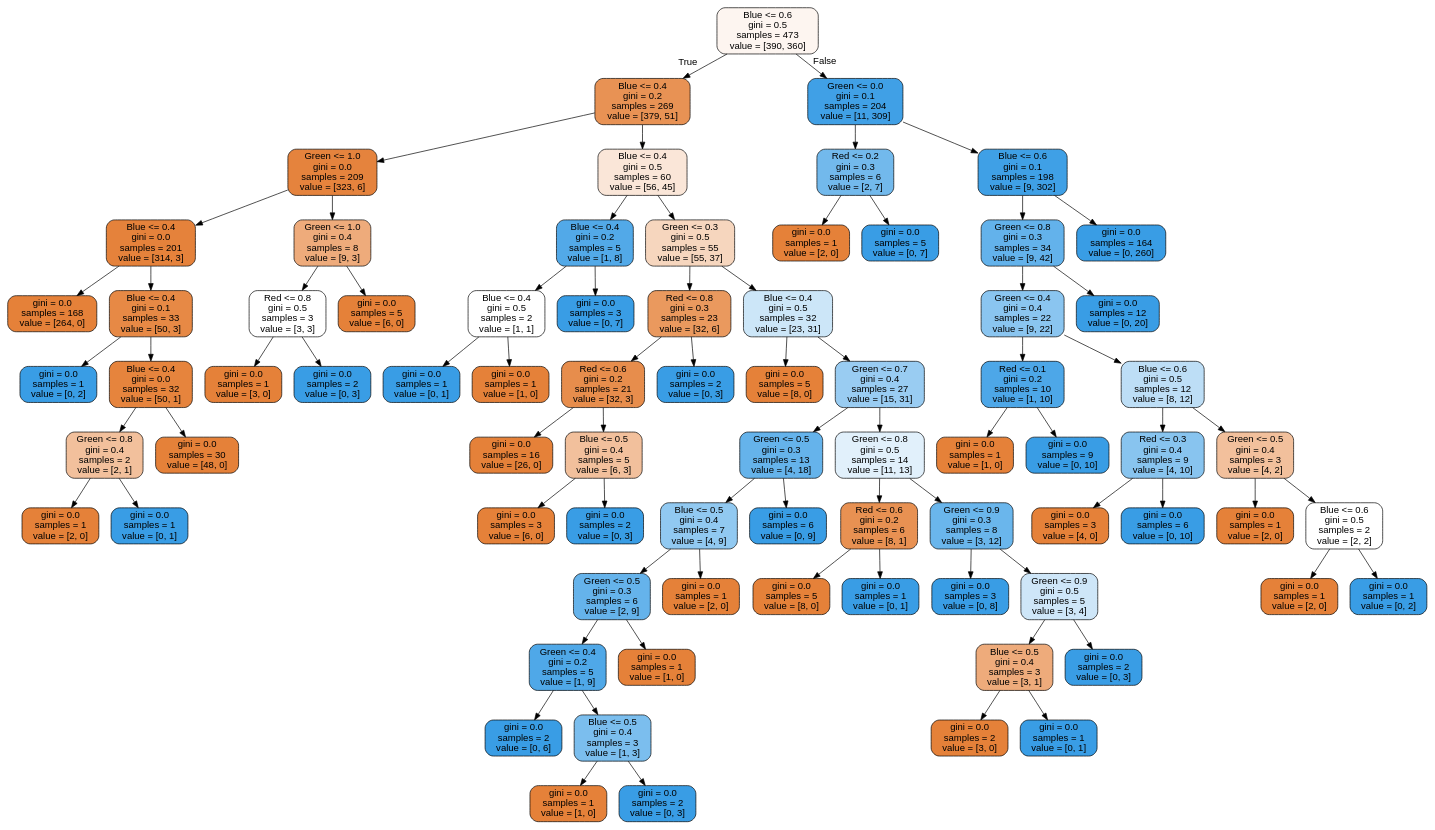
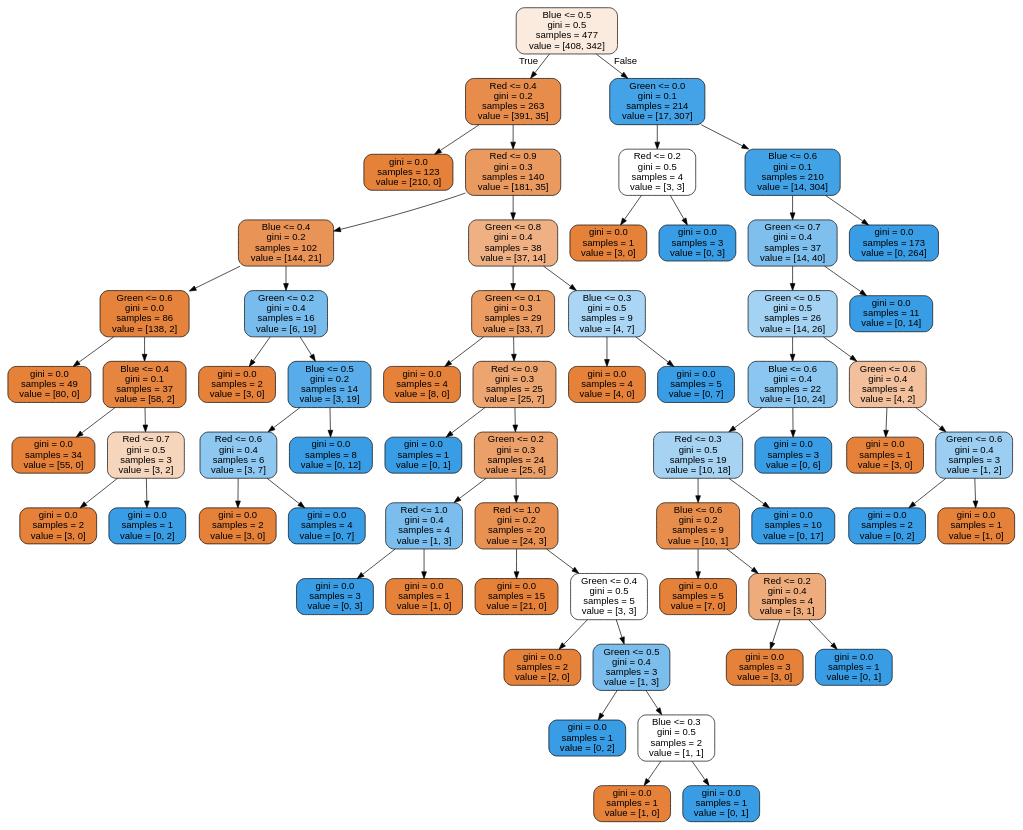
Before and after one commit to KarthikUdyawar/Color-detection: the diagram in model/tree.dot, drawn with Graphviz. The commit also changed 1 other file, not shown here.

```diff
--- a/model/tree.dot
+++ b/model/tree.dot
@@ -1,157 +1,129 @@
 digraph Tree {
 node [shape=box, style="filled, rounded", color="black", fontname="helvetica"] ;
 edge [fontname="helvetica"] ;
-0 [label="Blue <= 0.6\ngini = 0.5\nsamples = 473\nvalue = [390, 360]", fillcolor="#fdf5f0"] ;
-1 [label="Blue <= 0.4\ngini = 0.2\nsamples = 269\nvalue = [379, 51]", fillcolor="#e89254"] ;
+0 [label="Blue <= 0.5\ngini = 0.5\nsamples = 477\nvalue = [408, 342]", fillcolor="#fbebdf"] ;
+1 [label="Red <= 0.4\ngini = 0.2\nsamples = 263\nvalue = [391, 35]", fillcolor="#e78c4b"] ;
 0 -> 1 [labeldistance=2.5, labelangle=45, headlabel="True"] ;
-2 [label="Green <= 1.0\ngini = 0.0\nsamples = 209\nvalue = [323, 6]", fillcolor="#e5833d"] ;
+2 [label="gini = 0.0\nsamples = 123\nvalue = [210, 0]", fillcolor="#e58139"] ;
 1 -> 2 ;
-3 [label="Blue <= 0.4\ngini = 0.0\nsamples = 201\nvalue = [314, 3]", fillcolor="#e5823b"] ;
-2 -> 3 ;
-4 [label="gini = 0.0\nsamples = 168\nvalue = [264, 0]", fillcolor="#e58139"] ;
+3 [label="Red <= 0.9\ngini = 0.3\nsamples = 140\nvalue = [181, 35]", fillcolor="#ea995f"] ;
+1 -> 3 ;
+4 [label="Blue <= 0.4\ngini = 0.2\nsamples = 102\nvalue = [144, 21]", fillcolor="#e99356"] ;
 3 -> 4 ;
-5 [label="Blue <= 0.4\ngini = 0.1\nsamples = 33\nvalue = [50, 3]", fillcolor="#e78945"] ;
-3 -> 5 ;
-6 [label="gini = 0.0\nsamples = 1\nvalue = [0, 2]", fillcolor="#399de5"] ;
+5 [label="Green <= 0.6\ngini = 0.0\nsamples = 86\nvalue = [138, 2]", fillcolor="#e5833c"] ;
+4 -> 5 ;
+6 [label="gini = 0.0\nsamples = 49\nvalue = [80, 0]", fillcolor="#e58139"] ;
 5 -> 6 ;
-7 [label="Blue <= 0.4\ngini = 0.0\nsamples = 32\nvalue = [50, 1]", fillcolor="#e6843d"] ;
+7 [label="Blue <= 0.4\ngini = 0.1\nsamples = 37\nvalue = [58, 2]", fillcolor="#e68540"] ;
 5 -> 7 ;
-8 [label="Green <= 0.8\ngini = 0.4\nsamples = 2\nvalue = [2, 1]", fillcolor="#f2c09c"] ;
+8 [label="gini = 0.0\nsamples = 34\nvalue = [55, 0]", fillcolor="#e58139"] ;
 7 -> 8 ;
-9 [label="gini = 0.0\nsamples = 1\nvalue = [2, 0]", fillcolor="#e58139"] ;
-8 -> 9 ;
-10 [label="gini = 0.0\nsamples = 1\nvalue = [0, 1]", fillcolor="#399de5"] ;
-8 -> 10 ;
-11 [label="gini = 0.0\nsamples = 30\nvalue = [48, 0]", fillcolor="#e58139"] ;
-7 -> 11 ;
-12 [label="Green <= 1.0\ngini = 0.4\nsamples = 8\nvalue = [9, 3]", fillcolor="#eeab7b"] ;
-2 -> 12 ;
-13 [label="Red <= 0.8\ngini = 0.5\nsamples = 3\nvalue = [3, 3]", fillcolor="#ffffff"] ;
+9 [label="Red <= 0.7\ngini = 0.5\nsamples = 3\nvalue = [3, 2]", fillcolor="#f6d5bd"] ;
+7 -> 9 ;
+10 [label="gini = 0.0\nsamples = 2\nvalue = [3, 0]", fillcolor="#e58139"] ;
+9 -> 10 ;
+11 [label="gini = 0.0\nsamples = 1\nvalue = [0, 2]", fillcolor="#399de5"] ;
+9 -> 11 ;
+12 [label="Green <= 0.2\ngini = 0.4\nsamples = 16\nvalue = [6, 19]", fillcolor="#78bced"] ;
+4 -> 12 ;
+13 [label="gini = 0.0\nsamples = 2\nvalue = [3, 0]", fillcolor="#e58139"] ;
 12 -> 13 ;
-14 [label="gini = 0.0\nsamples = 1\nvalue = [3, 0]", fillcolor="#e58139"] ;
-13 -> 14 ;
-15 [label="gini = 0.0\nsamples = 2\nvalue = [0, 3]", fillcolor="#399de5"] ;
-13 -> 15 ;
-16 [label="gini = 0.0\nsamples = 5\nvalue = [6, 0]", fillcolor="#e58139"] ;
-12 -> 16 ;
-17 [label="Blue <= 0.4\ngini = 0.5\nsamples = 60\nvalue = [56, 45]", fillcolor="#fae6d8"] ;
-1 -> 17 ;
-18 [label="Blue <= 0.4\ngini = 0.2\nsamples = 5\nvalue = [1, 8]", fillcolor="#52a9e8"] ;
-17 -> 18 ;
-19 [label="Blue <= 0.4\ngini = 0.5\nsamples = 2\nvalue = [1, 1]", fillcolor="#ffffff"] ;
-18 -> 19 ;
-20 [label="gini = 0.0\nsamples = 1\nvalue = [0, 1]", fillcolor="#399de5"] ;
+14 [label="Blue <= 0.5\ngini = 0.2\nsamples = 14\nvalue = [3, 19]", fillcolor="#58ace9"] ;
+12 -> 14 ;
+15 [label="Red <= 0.6\ngini = 0.4\nsamples = 6\nvalue = [3, 7]", fillcolor="#8ec7f0"] ;
+14 -> 15 ;
+16 [label="gini = 0.0\nsamples = 2\nvalue = [3, 0]", fillcolor="#e58139"] ;
+15 -> 16 ;
+17 [label="gini = 0.0\nsamples = 4\nvalue = [0, 7]", fillcolor="#399de5"] ;
+15 -> 17 ;
+18 [label="gini = 0.0\nsamples = 8\nvalue = [0, 12]", fillcolor="#399de5"] ;
+14 -> 18 ;
+19 [label="Green <= 0.8\ngini = 0.4\nsamples = 38\nvalue = [37, 14]", fillcolor="#efb184"] ;
+3 -> 19 ;
+20 [label="Green <= 0.1\ngini = 0.3\nsamples = 29\nvalue = [33, 7]", fillcolor="#eb9c63"] ;
 19 -> 20 ;
-21 [label="gini = 0.0\nsamples = 1\nvalue = [1, 0]", fillcolor="#e58139"] ;
-19 -> 21 ;
-22 [label="gini = 0.0\nsamples = 3\nvalue = [0, 7]", fillcolor="#399de5"] ;
-18 -> 22 ;
-23 [label="Green <= 0.3\ngini = 0.5\nsamples = 55\nvalue = [55, 37]", fillcolor="#f6d6be"] ;
-17 -> 23 ;
-24 [label="Red <= 0.8\ngini = 0.3\nsamples = 23\nvalue = [32, 6]", fillcolor="#ea995e"] ;
-23 -> 24 ;
-25 [label="Red <= 0.6\ngini = 0.2\nsamples = 21\nvalue = [32, 3]", fillcolor="#e78d4c"] ;
+21 [label="gini = 0.0\nsamples = 4\nvalue = [8, 0]", fillcolor="#e58139"] ;
+20 -> 21 ;
+22 [label="Red <= 0.9\ngini = 0.3\nsamples = 25\nvalue = [25, 7]", fillcolor="#eca470"] ;
+20 -> 22 ;
+23 [label="gini = 0.0\nsamples = 1\nvalue = [0, 1]", fillcolor="#399de5"] ;
+22 -> 23 ;
+24 [label="Green <= 0.2\ngini = 0.3\nsamples = 24\nvalue = [25, 6]", fillcolor="#eb9f69"] ;
+22 -> 24 ;
+25 [label="Red <= 1.0\ngini = 0.4\nsamples = 4\nvalue = [1, 3]", fillcolor="#7bbeee"] ;
 24 -> 25 ;
-26 [label="gini = 0.0\nsamples = 16\nvalue = [26, 0]", fillcolor="#e58139"] ;
+26 [label="gini = 0.0\nsamples = 3\nvalue = [0, 3]", fillcolor="#399de5"] ;
 25 -> 26 ;
-27 [label="Blue <= 0.5\ngini = 0.4\nsamples = 5\nvalue = [6, 3]", fillcolor="#f2c09c"] ;
+27 [label="gini = 0.0\nsamples = 1\nvalue = [1, 0]", fillcolor="#e58139"] ;
 25 -> 27 ;
-28 [label="gini = 0.0\nsamples = 3\nvalue = [6, 0]", fillcolor="#e58139"] ;
-27 -> 28 ;
-29 [label="gini = 0.0\nsamples = 2\nvalue = [0, 3]", fillcolor="#399de5"] ;
-27 -> 29 ;
-30 [label="gini = 0.0\nsamples = 2\nvalue = [0, 3]", fillcolor="#399de5"] ;
-24 -> 30 ;
-31 [label="Blue <= 0.4\ngini = 0.5\nsamples = 32\nvalue = [23, 31]", fillcolor="#cce6f8"] ;
-23 -> 31 ;
-32 [label="gini = 0.0\nsamples = 5\nvalue = [8, 0]", fillcolor="#e58139"] ;
-31 -> 32 ;
-33 [label="Green <= 0.7\ngini = 0.4\nsamples = 27\nvalue = [15, 31]", fillcolor="#99ccf2"] ;
-31 -> 33 ;
-34 [label="Green <= 0.5\ngini = 0.3\nsamples = 13\nvalue = [4, 18]", fillcolor="#65b3eb"] ;
-33 -> 34 ;
-35 [label="Blue <= 0.5\ngini = 0.4\nsamples = 7\nvalue = [4, 9]", fillcolor="#91c9f1"] ;
+28 [label="Red <= 1.0\ngini = 0.2\nsamples = 20\nvalue = [24, 3]", fillcolor="#e89152"] ;
+24 -> 28 ;
+29 [label="gini = 0.0\nsamples = 15\nvalue = [21, 0]", fillcolor="#e58139"] ;
+28 -> 29 ;
+30 [label="Green <= 0.4\ngini = 0.5\nsamples = 5\nvalue = [3, 3]", fillcolor="#ffffff"] ;
+28 -> 30 ;
+31 [label="gini = 0.0\nsamples = 2\nvalue = [2, 0]", fillcolor="#e58139"] ;
+30 -> 31 ;
+32 [label="Green <= 0.5\ngini = 0.4\nsamples = 3\nvalue = [1, 3]", fillcolor="#7bbeee"] ;
+30 -> 32 ;
+33 [label="gini = 0.0\nsamples = 1\nvalue = [0, 2]", fillcolor="#399de5"] ;
+32 -> 33 ;
+34 [label="Blue <= 0.3\ngini = 0.5\nsamples = 2\nvalue = [1, 1]", fillcolor="#ffffff"] ;
+32 -> 34 ;
+35 [label="gini = 0.0\nsamples = 1\nvalue = [1, 0]", fillcolor="#e58139"] ;
 34 -> 35 ;
-36 [label="Green <= 0.5\ngini = 0.3\nsamples = 6\nvalue = [2, 9]", fillcolor="#65b3eb"] ;
-35 -> 36 ;
-37 [label="Green <= 0.4\ngini = 0.2\nsamples = 5\nvalue = [1, 9]", fillcolor="#4fa8e8"] ;
-36 -> 37 ;
-38 [label="gini = 0.0\nsamples = 2\nvalue = [0, 6]", fillcolor="#399de5"] ;
+36 [label="gini = 0.0\nsamples = 1\nvalue = [0, 1]", fillcolor="#399de5"] ;
+34 -> 36 ;
+37 [label="Blue <= 0.3\ngini = 0.5\nsamples = 9\nvalue = [4, 7]", fillcolor="#aad5f4"] ;
+19 -> 37 ;
+38 [label="gini = 0.0\nsamples = 4\nvalue = [4, 0]", fillcolor="#e58139"] ;
 37 -> 38 ;
-39 [label="Blue <= 0.5\ngini = 0.4\nsamples = 3\nvalue = [1, 3]", fillcolor="#7bbeee"] ;
+39 [label="gini = 0.0\nsamples = 5\nvalue = [0, 7]", fillcolor="#399de5"] ;
 37 -> 39 ;
-40 [label="gini = 0.0\nsamples = 1\nvalue = [1, 0]", fillcolor="#e58139"] ;
-39 -> 40 ;
-41 [label="gini = 0.0\nsamples = 2\nvalue = [0, 3]", fillcolor="#399de5"] ;
-39 -> 41 ;
-42 [label="gini = 0.0\nsamples = 1\nvalue = [1, 0]", fillcolor="#e58139"] ;
-36 -> 42 ;
-43 [label="gini = 0.0\nsamples = 1\nvalue = [2, 0]", fillcolor="#e58139"] ;
-35 -> 43 ;
-44 [label="gini = 0.0\nsamples = 6\nvalue = [0, 9]", fillcolor="#399de5"] ;
-34 -> 44 ;
-45 [label="Green <= 0.8\ngini = 0.5\nsamples = 14\nvalue = [11, 13]", fillcolor="#e1f0fb"] ;
-33 -> 45 ;
-46 [label="Red <= 0.6\ngini = 0.2\nsamples = 6\nvalue = [8, 1]", fillcolor="#e89152"] ;
+40 [label="Green <= 0.0\ngini = 0.1\nsamples = 214\nvalue = [17, 307]", fillcolor="#44a2e6"] ;
+0 -> 40 [labeldistance=2.5, labelangle=-45, headlabel="False"] ;
+41 [label="Red <= 0.2\ngini = 0.5\nsamples = 4\nvalue = [3, 3]", fillcolor="#ffffff"] ;
+40 -> 41 ;
+42 [label="gini = 0.0\nsamples = 1\nvalue = [3, 0]", fillcolor="#e58139"] ;
+41 -> 42 ;
+43 [label="gini = 0.0\nsamples = 3\nvalue = [0, 3]", fillcolor="#399de5"] ;
+41 -> 43 ;
+44 [label="Blue <= 0.6\ngini = 0.1\nsamples = 210\nvalue = [14, 304]", fillcolor="#42a2e6"] ;
+40 -> 44 ;
+45 [label="Green <= 0.7\ngini = 0.4\nsamples = 37\nvalue = [14, 40]", fillcolor="#7ebfee"] ;
+44 -> 45 ;
+46 [label="Green <= 0.5\ngini = 0.5\nsamples = 26\nvalue = [14, 26]", fillcolor="#a4d2f3"] ;
 45 -> 46 ;
-47 [label="gini = 0.0\nsamples = 5\nvalue = [8, 0]", fillcolor="#e58139"] ;
+47 [label="Blue <= 0.6\ngini = 0.4\nsamples = 22\nvalue = [10, 24]", fillcolor="#8bc6f0"] ;
 46 -> 47 ;
-48 [label="gini = 0.0\nsamples = 1\nvalue = [0, 1]", fillcolor="#399de5"] ;
-46 -> 48 ;
-49 [label="Green <= 0.9\ngini = 0.3\nsamples = 8\nvalue = [3, 12]", fillcolor="#6ab6ec"] ;
-45 -> 49 ;
-50 [label="gini = 0.0\nsamples = 3\nvalue = [0, 8]", fillcolor="#399de5"] ;
+48 [label="Red <= 0.3\ngini = 0.5\nsamples = 19\nvalue = [10, 18]", fillcolor="#a7d3f3"] ;
+47 -> 48 ;
+49 [label="Blue <= 0.6\ngini = 0.2\nsamples = 9\nvalue = [10, 1]", fillcolor="#e88e4d"] ;
+48 -> 49 ;
+50 [label="gini = 0.0\nsamples = 5\nvalue = [7, 0]", fillcolor="#e58139"] ;
 49 -> 50 ;
-51 [label="Green <= 0.9\ngini = 0.5\nsamples = 5\nvalue = [3, 4]", fillcolor="#cee6f8"] ;
+51 [label="Red <= 0.2\ngini = 0.4\nsamples = 4\nvalue = [3, 1]", fillcolor="#eeab7b"] ;
 49 -> 51 ;
-52 [label="Blue <= 0.5\ngini = 0.4\nsamples = 3\nvalue = [3, 1]", fillcolor="#eeab7b"] ;
+52 [label="gini = 0.0\nsamples = 3\nvalue = [3, 0]", fillcolor="#e58139"] ;
 51 -> 52 ;
-53 [label="gini = 0.0\nsamples = 2\nvalue = [3, 0]", fillcolor="#e58139"] ;
-52 -> 53 ;
-54 [label="gini = 0.0\nsamples = 1\nvalue = [0, 1]", fillcolor="#399de5"] ;
-52 -> 54 ;
-55 [label="gini = 0.0\nsamples = 2\nvalue = [0, 3]", fillcolor="#399de5"] ;
-51 -> 55 ;
-56 [label="Green <= 0.0\ngini = 0.1\nsamples = 204\nvalue = [11, 309]", fillcolor="#40a0e6"] ;
-0 -> 56 [labeldistance=2.5, labelangle=-45, headlabel="False"] ;
-57 [label="Red <= 0.2\ngini = 0.3\nsamples = 6\nvalue = [2, 7]", fillcolor="#72b9ec"] ;
+53 [label="gini = 0.0\nsamples = 1\nvalue = [0, 1]", fillcolor="#399de5"] ;
+51 -> 53 ;
+54 [label="gini = 0.0\nsamples = 10\nvalue = [0, 17]", fillcolor="#399de5"] ;
+48 -> 54 ;
+55 [label="gini = 0.0\nsamples = 3\nvalue = [0, 6]", fillcolor="#399de5"] ;
+47 -> 55 ;
+56 [label="Green <= 0.6\ngini = 0.4\nsamples = 4\nvalue = [4, 2]", fillcolor="#f2c09c"] ;
+46 -> 56 ;
+57 [label="gini = 0.0\nsamples = 1\nvalue = [3, 0]", fillcolor="#e58139"] ;
 56 -> 57 ;
-58 [label="gini = 0.0\nsamples = 1\nvalue = [2, 0]", fillcolor="#e58139"] ;
-57 -> 58 ;
-59 [label="gini = 0.0\nsamples = 5\nvalue = [0, 7]", fillcolor="#399de5"] ;
-57 -> 59 ;
-60 [label="Blue <= 0.6\ngini = 0.1\nsamples = 198\nvalue = [9, 302]", fillcolor="#3fa0e6"] ;
-56 -> 60 ;
-61 [label="Green <= 0.8\ngini = 0.3\nsamples = 34\nvalue = [9, 42]", fillcolor="#63b2eb"] ;
-60 -> 61 ;
-62 [label="Green <= 0.4\ngini = 0.4\nsamples = 22\nvalue = [9, 22]", fillcolor="#8ac5f0"] ;
-61 -> 62 ;
-63 [label="Red <= 0.1\ngini = 0.2\nsamples = 10\nvalue = [1, 10]", fillcolor="#4da7e8"] ;
-62 -> 63 ;
-64 [label="gini = 0.0\nsamples = 1\nvalue = [1, 0]", fillcolor="#e58139"] ;
-63 -> 64 ;
-65 [label="gini = 0.0\nsamples = 9\nvalue = [0, 10]", fillcolor="#399de5"] ;
-63 -> 65 ;
-66 [label="Blue <= 0.6\ngini = 0.5\nsamples = 12\nvalue = [8, 12]", fillcolor="#bddef6"] ;
-62 -> 66 ;
-67 [label="Red <= 0.3\ngini = 0.4\nsamples = 9\nvalue = [4, 10]", fillcolor="#88c4ef"] ;
-66 -> 67 ;
-68 [label="gini = 0.0\nsamples = 3\nvalue = [4, 0]", fillcolor="#e58139"] ;
-67 -> 68 ;
-69 [label="gini = 0.0\nsamples = 6\nvalue = [0, 10]", fillcolor="#399de5"] ;
-67 -> 69 ;
-70 [label="Green <= 0.5\ngini = 0.4\nsamples = 3\nvalue = [4, 2]", fillcolor="#f2c09c"] ;
-66 -> 70 ;
-71 [label="gini = 0.0\nsamples = 1\nvalue = [2, 0]", fillcolor="#e58139"] ;
-70 -> 71 ;
-72 [label="Blue <= 0.6\ngini = 0.5\nsamples = 2\nvalue = [2, 2]", fillcolor="#ffffff"] ;
-70 -> 72 ;
-73 [label="gini = 0.0\nsamples = 1\nvalue = [2, 0]", fillcolor="#e58139"] ;
-72 -> 73 ;
-74 [label="gini = 0.0\nsamples = 1\nvalue = [0, 2]", fillcolor="#399de5"] ;
-72 -> 74 ;
-75 [label="gini = 0.0\nsamples = 12\nvalue = [0, 20]", fillcolor="#399de5"] ;
-61 -> 75 ;
-76 [label="gini = 0.0\nsamples = 164\nvalue = [0, 260]", fillcolor="#399de5"] ;
-60 -> 76 ;
+58 [label="Green <= 0.6\ngini = 0.4\nsamples = 3\nvalue = [1, 2]", fillcolor="#9ccef2"] ;
+56 -> 58 ;
+59 [label="gini = 0.0\nsamples = 2\nvalue = [0, 2]", fillcolor="#399de5"] ;
+58 -> 59 ;
+60 [label="gini = 0.0\nsamples = 1\nvalue = [1, 0]", fillcolor="#e58139"] ;
+58 -> 60 ;
+61 [label="gini = 0.0\nsamples = 11\nvalue = [0, 14]", fillcolor="#399de5"] ;
+45 -> 61 ;
+62 [label="gini = 0.0\nsamples = 173\nvalue = [0, 264]", fillcolor="#399de5"] ;
+44 -> 62 ;
 }
```
